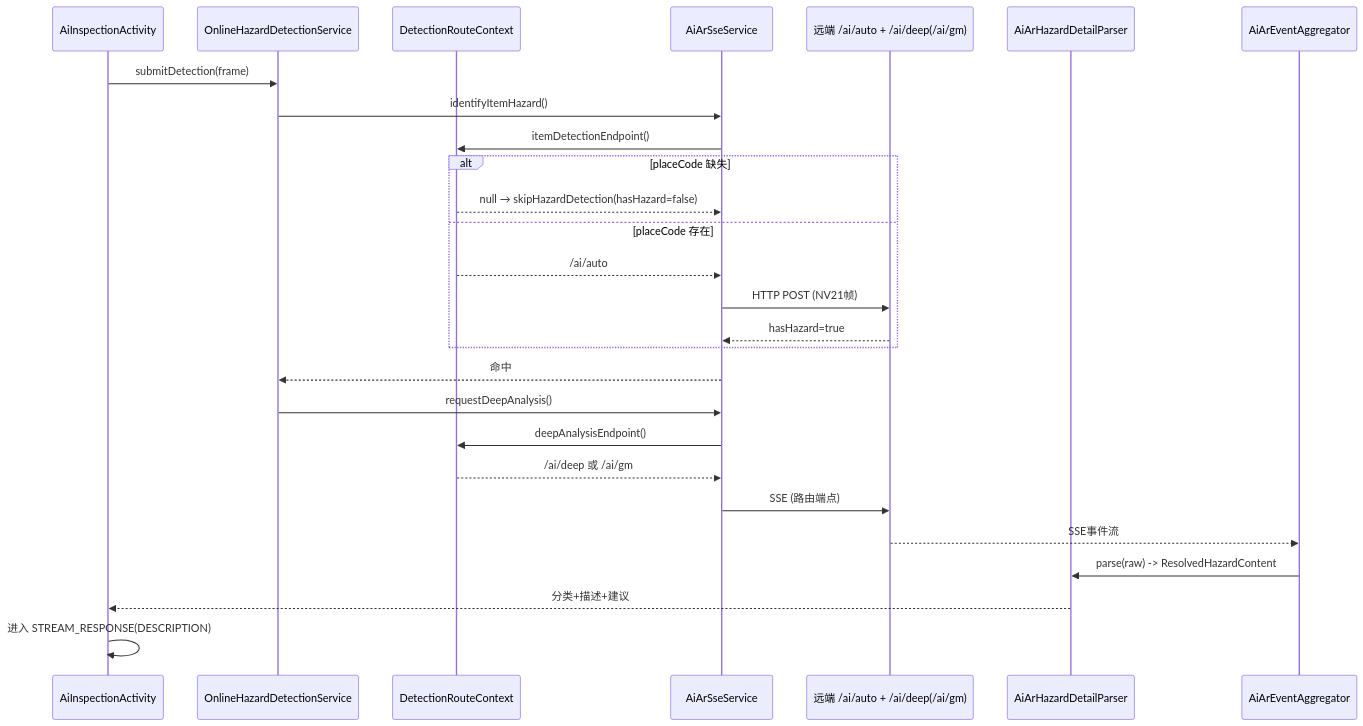
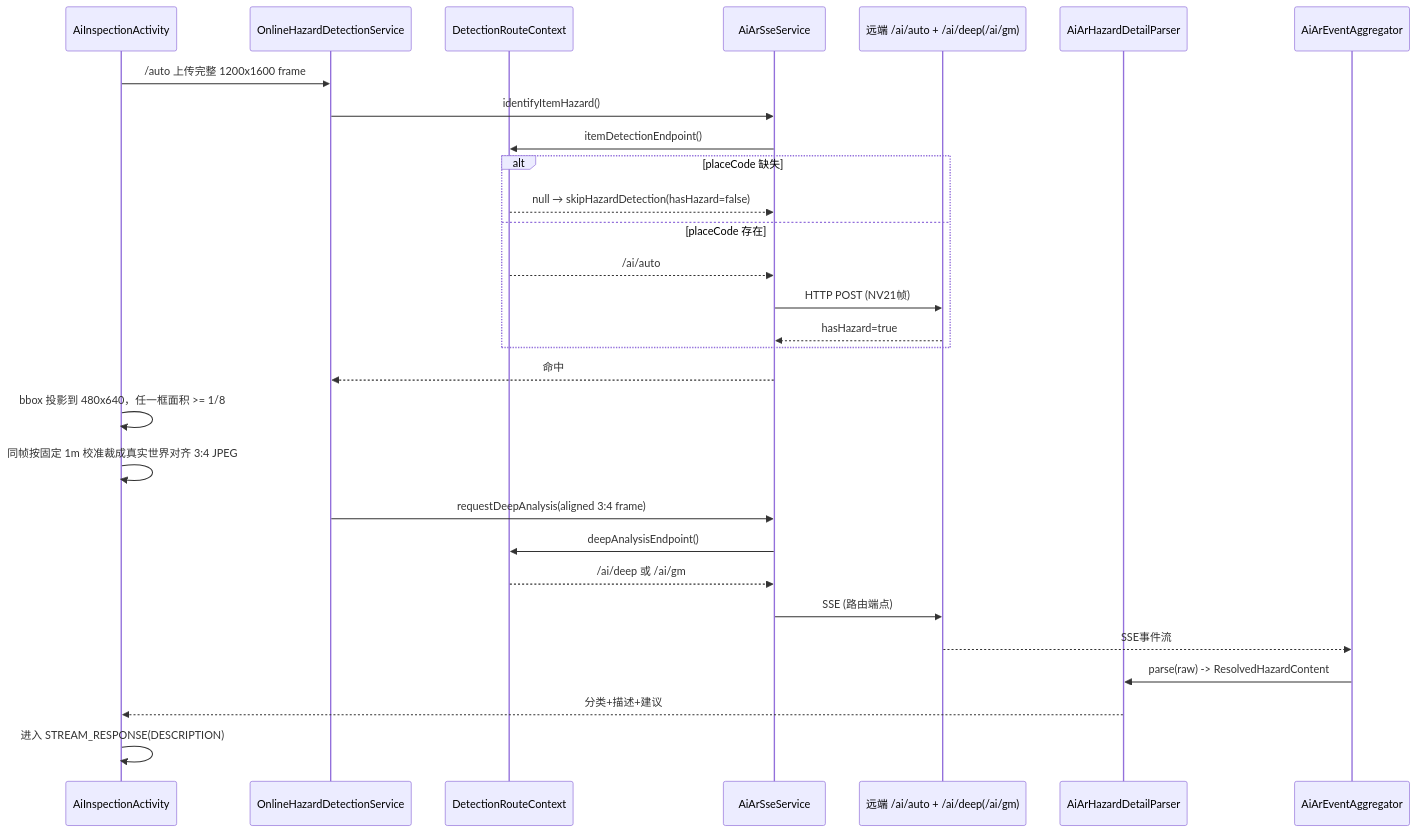
One commit to WuChaoli/HiddenRiskGlass changed the fourth of 9 diagrams in docs/CODEMAPS.md. Above: the diagram before and after it, drawn with Mermaid. The commit also changed other lines of this file, not shown here.

````diff
--- a/docs/CODEMAPS.md
+++ b/docs/CODEMAPS.md
@@ -188,30 +191,32 @@
 ```mermaid
 sequenceDiagram
     participant AI as AiInspectionActivity
     participant ODS as OnlineHazardDetectionService
     participant Route as DetectionRouteContext
     participant SSE as AiArSseService
     participant Remote as 远端 /ai/auto + /ai/deep(/ai/gm)
     participant Parser as AiArHazardDetailParser
     participant Agg as AiArEventAggregator
 
-    AI->>ODS: submitDetection(frame)
+    AI->>ODS: /auto 上传完整 1200x1600 frame
     ODS->>SSE: identifyItemHazard()
     SSE->>Route: itemDetectionEndpoint()
     alt placeCode 缺失
         Route-->>SSE: null → skipHazardDetection(hasHazard=false)
     else placeCode 存在
         Route-->>SSE: /ai/auto
         SSE->>Remote: HTTP POST (NV21帧)
         Remote-->>SSE: hasHazard=true
     end
     SSE-->>ODS: 命中
-    ODS->>SSE: requestDeepAnalysis()
+    AI->>AI: bbox 投影到 480x640，任一框面积 >= 1/8
+    AI->>AI: 同帧按固定 1m 校准裁成真实世界对齐 3:4 JPEG
+    ODS->>SSE: requestDeepAnalysis(aligned 3:4 frame)
     SSE->>Route: deepAnalysisEndpoint()
     Route-->>SSE: /ai/deep 或 /ai/gm
     SSE->>Remote: SSE (路由端点)
     Remote-->>Agg: SSE事件流
     Agg->>Parser: parse(raw) -> ResolvedHazardContent
     Parser-->>AI: 分类+描述+建议
     AI->>AI: 进入 STREAM_RESPONSE(DESCRIPTION)
 ```
````
